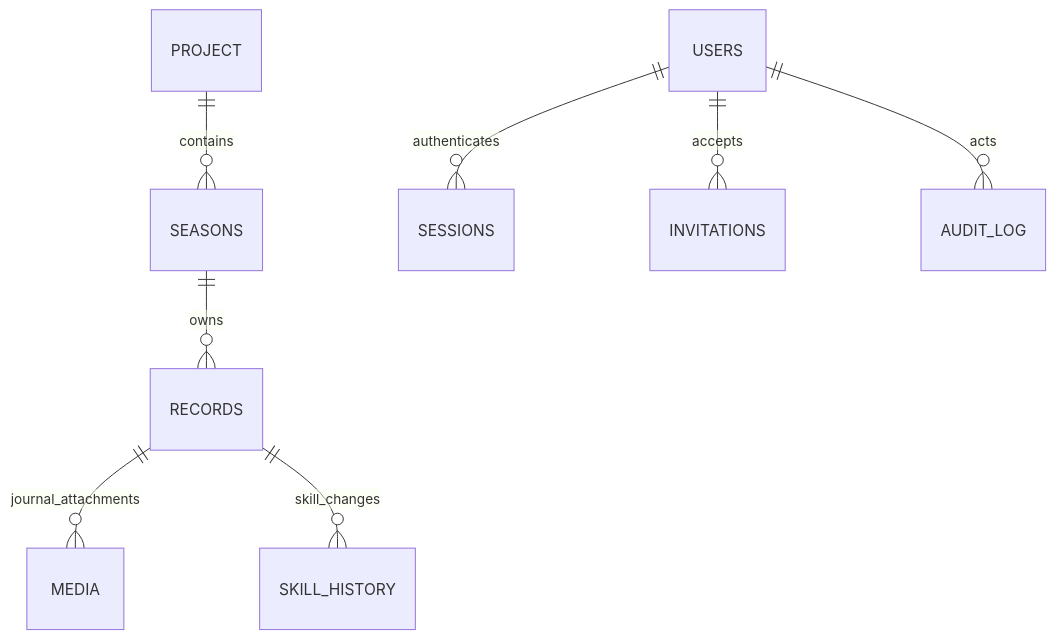
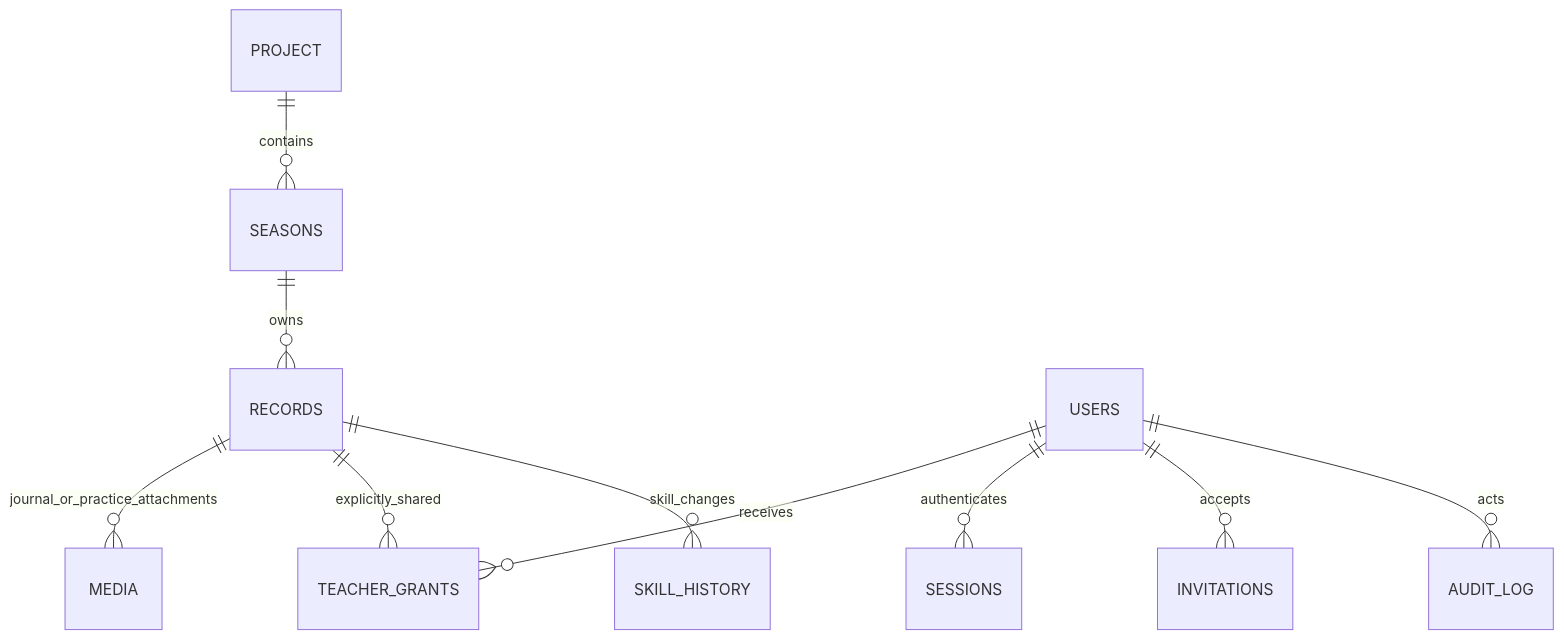
One commit to litequang/Luca-Drum-Quest changed the diagram in docs/LOCAL_PILOT_ARCHITECTURE.md. Above: the diagram before and after it, drawn with Mermaid. The commit also changed other lines of this file and 26 other files, not shown here.

Commit message:
feat: add YouTube embeds and scoped teacher practice feedback

````diff
--- a/docs/LOCAL_PILOT_ARCHITECTURE.md
+++ b/docs/LOCAL_PILOT_ARCHITECTURE.md
@@ -27,10 +27,12 @@
 ```mermaid
 erDiagram
   PROJECT ||--o{ SEASONS : contains
   SEASONS ||--o{ RECORDS : owns
-  RECORDS ||--o{ MEDIA : journal_attachments
+  RECORDS ||--o{ MEDIA : journal_or_practice_attachments
+  USERS ||--o{ TEACHER_GRANTS : receives
+  RECORDS ||--o{ TEACHER_GRANTS : explicitly_shared
   USERS ||--o{ SESSIONS : authenticates
   USERS ||--o{ INVITATIONS : accepts
   USERS ||--o{ AUDIT_LOG : acts
   RECORDS ||--o{ SKILL_HISTORY : skill_changes
 ```
````
